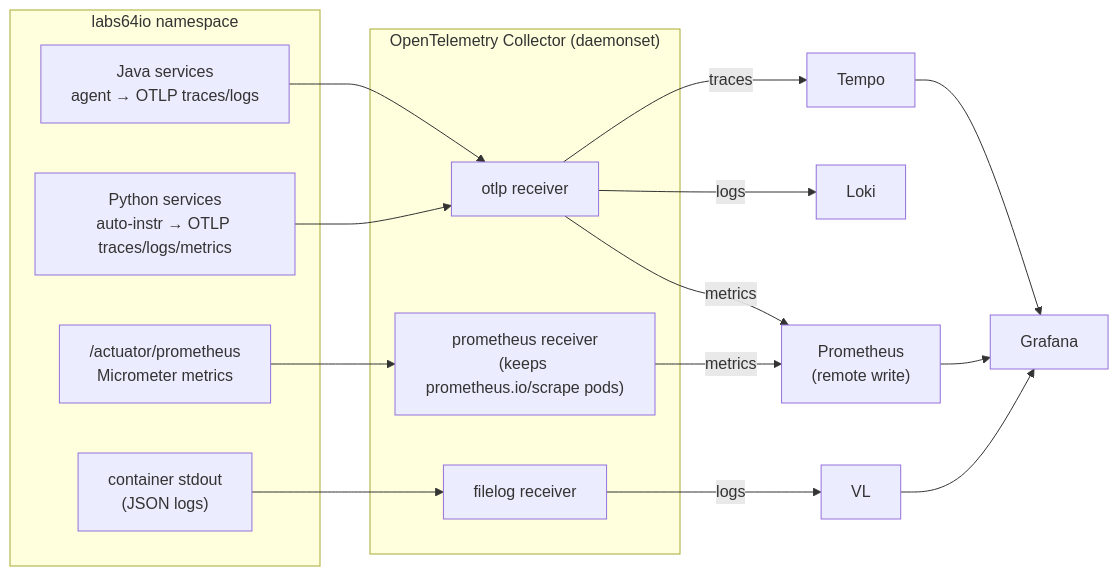
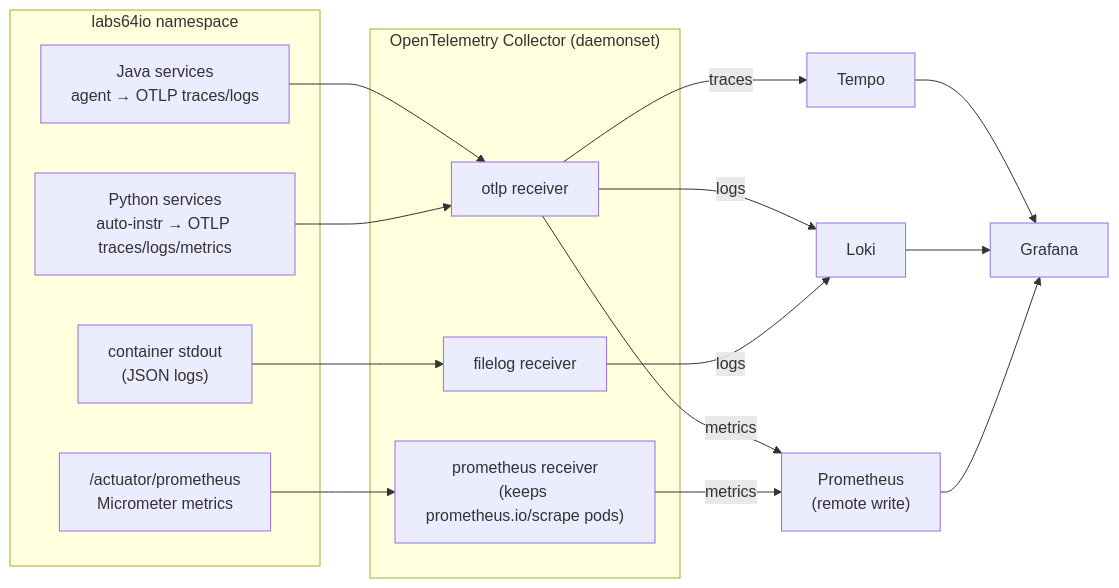
One commit to Labs64/labs64.io-helm-charts changed the second of 2 diagrams in OBSERVABILITY.md. Above: the diagram before and after it, drawn with Mermaid. The commit also changed other lines of this file, not shown here.

````diff
--- a/OBSERVABILITY.md
+++ b/OBSERVABILITY.md
@@ -178,26 +178,26 @@
 ```mermaid
 flowchart LR
     subgraph svc["labs64io namespace"]
         JV["Java services<br/>agent → OTLP traces/logs"]
         PY["Python services<br/>auto-instr → OTLP traces/logs/metrics"]
         MET["/actuator/prometheus<br/>Micrometer metrics"]
         STDOUT["container stdout<br/>(JSON logs)"]
     end
     subgraph col["OpenTelemetry Collector (daemonset)"]
         OTLP["otlp receiver"]
         PROMR["prometheus receiver<br/>(keeps prometheus.io/scrape pods)"]
         FILE["filelog receiver"]
     end
     JV --> OTLP
     PY --> OTLP
     MET --> PROMR
     STDOUT --> FILE
     OTLP -- traces --> TEMPO["Tempo"]
     OTLP -- logs --> LOKI["Loki"]
     OTLP -- metrics --> PROM["Prometheus<br/>(remote write)"]
     PROMR -- metrics --> PROM
-    FILE -- logs --> VL
+    FILE -- logs --> LOKI
     TEMPO --> GRAF["Grafana"]
-    VL --> GRAF
+    LOKI --> GRAF
     PROM --> GRAF
 ```
````
